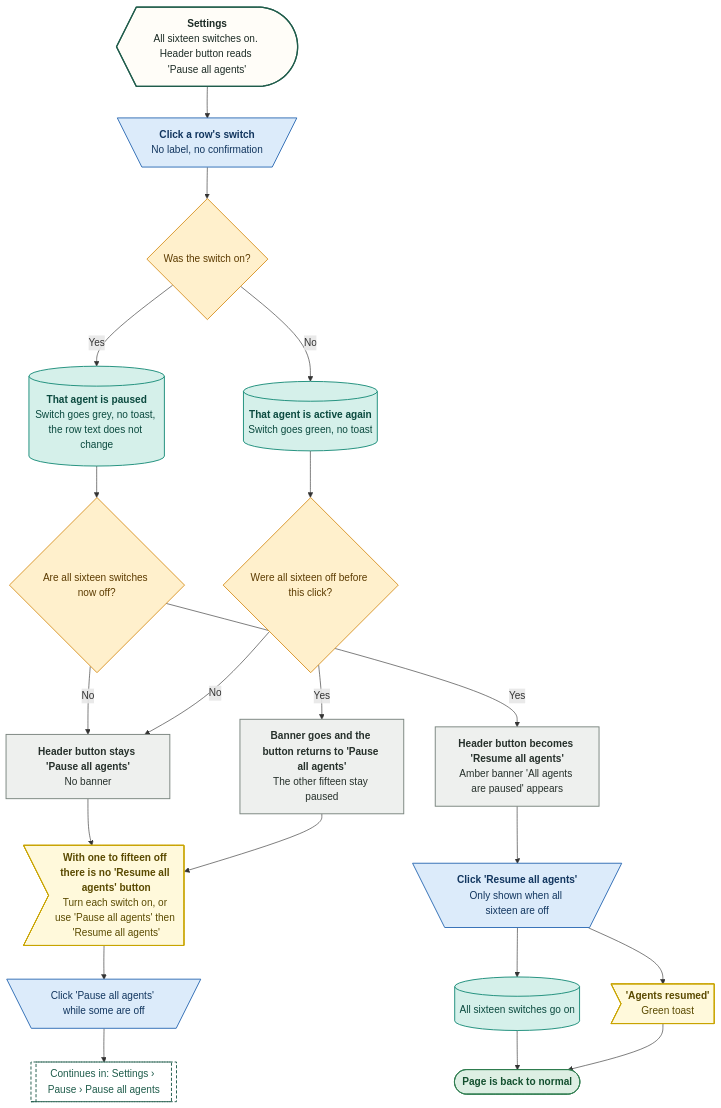
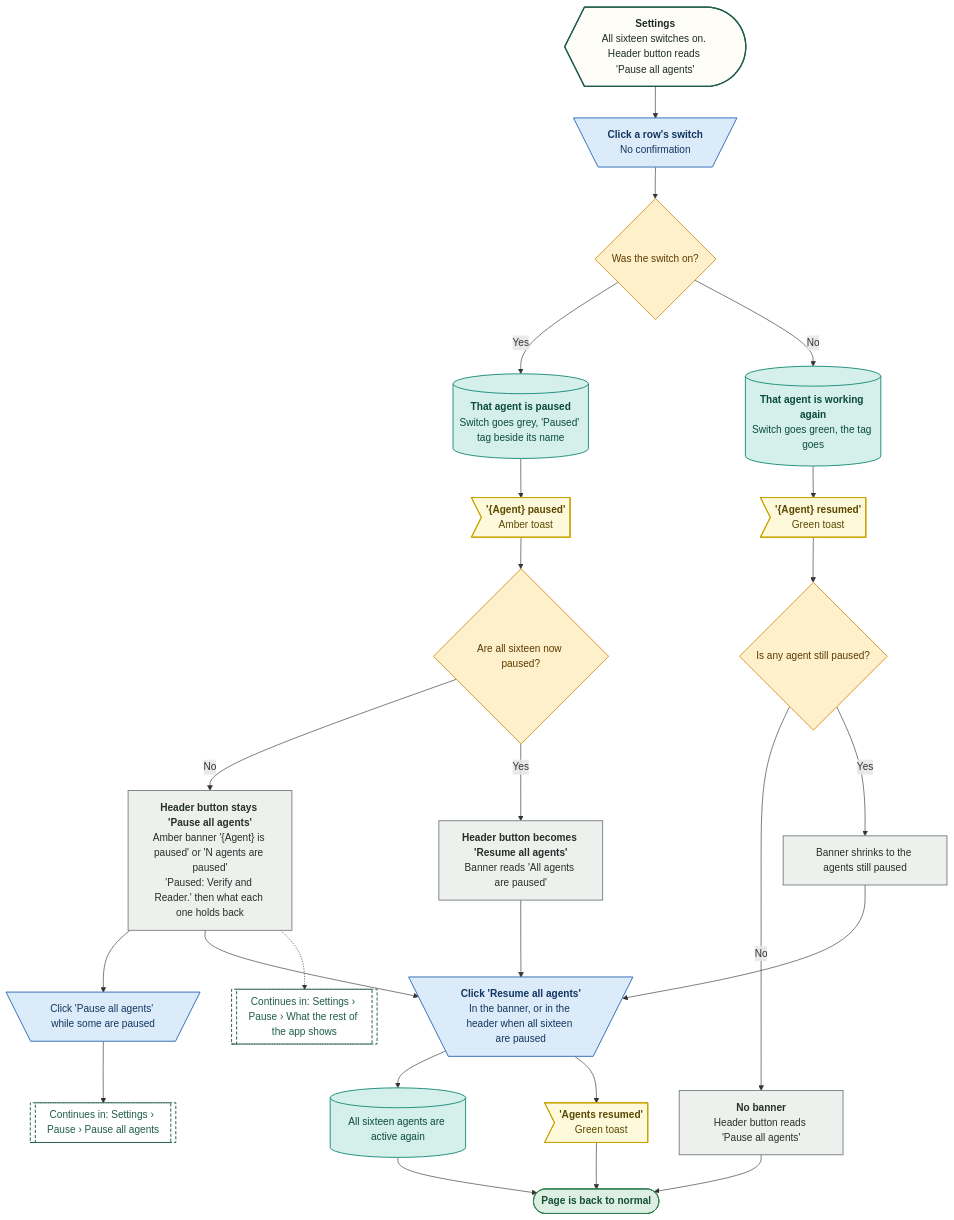
Before and after one commit to Shrav143/psyfloapp: the sixth of 10 diagrams in demos/prior-auth-demo/workflows/out/md/11-settings.md, drawn with Mermaid. The commit also changed other lines of this file and 195 other files, not shown here.

First line of the commit message:
docs: Rebuild workflow diagrams after the demo fixes (220 diagrams)

````diff
--- a/demos/prior-auth-demo/workflows/out/md/11-settings.md
+++ b/demos/prior-auth-demo/workflows/out/md/11-settings.md
@@ -419,56 +426,64 @@
 ```mermaid
 %%{init: {"theme":"base","themeVariables":{"fontFamily":"'DM Sans', 'Segoe UI', system-ui, sans-serif","fontSize":"15px","lineColor":"#5B6B63","primaryTextColor":"#1C2B25","clusterBkg":"#FBF8F3","clusterBorder":"#D9CDBB","edgeLabelBackground":"#FFFFFF"},"flowchart":{"curve":"basis","nodeSpacing":36,"rankSpacing":48,"padding":12,"htmlLabels":true,"useMaxWidth":false,"wrappingWidth":230}} }%%
 flowchart TD
   classDef k_start fill:#1F5C4B,stroke:#174638,color:#FFFFFF,stroke-width:1.5px,font-weight:600
   classDef k_end fill:#DDEFE3,stroke:#2E7D4F,color:#14502F,stroke-width:1.5px,font-weight:600
   classDef k_endx fill:#FBE3E0,stroke:#C0392B,color:#7A1F16,stroke-width:1.5px,font-weight:600
   classDef k_screen fill:#FFFDF8,stroke:#1F5C4B,color:#1C2B25,stroke-width:2px
   classDef k_overlay fill:#F1F7F3,stroke:#1F5C4B,color:#1C2B25,stroke-width:2px,stroke-dasharray:5 3
   classDef k_click fill:#DCEBFA,stroke:#2F6DB5,color:#12365F,stroke-width:1.5px
   classDef k_input fill:#E4E7FF,stroke:#4C5FD5,color:#1D2670,stroke-width:1.5px
   classDef k_process fill:#EEF0EE,stroke:#7A857F,color:#26302B,stroke-width:1.5px
   classDef k_agent fill:#EEE5FA,stroke:#7A4FC2,color:#341A63,stroke-width:1.5px
   classDef k_decision fill:#FFF0CC,stroke:#D9962B,color:#5C3B00,stroke-width:1.5px
   classDef k_store fill:#D5F0EA,stroke:#1C8E7B,color:#0B4A3F,stroke-width:1.5px
   classDef k_doc fill:#F6E9DC,stroke:#B07A4C,color:#4A2E14,stroke-width:1.5px
   classDef k_ext fill:#FFE6D2,stroke:#E07B39,color:#6B2F06,stroke-width:1.5px
   classDef k_wait fill:#E4E8EE,stroke:#6B7C93,color:#26303D,stroke-width:1.5px
   classDef k_toast fill:#FFF9DB,stroke:#C9A400,color:#5A4A00,stroke-width:1.5px
   classDef k_goto fill:#FFFFFF,stroke:#1F5C4B,color:#1F5C4B,stroke-width:1.5px,stroke-dasharray:5 3
   s1@{ shape: curv-trap, label: "<b>Settings</b><br/>All sixteen switches on. Header button reads 'Pause all agents'" }
-  c1@{ shape: trap-t, label: "<b>Click a row's switch</b><br/>No label, no confirmation" }
+  c1@{ shape: trap-t, label: "<b>Click a row's switch</b><br/>No confirmation" }
   q1@{ shape: diam, label: "Was the switch on?" }
-  a1@{ shape: cyl, label: "<b>That agent is paused</b><br/>Switch goes grey, no toast, the row text does not change" }
-  a2@{ shape: cyl, label: "<b>That agent is active again</b><br/>Switch goes green, no toast" }
-  q2@{ shape: diam, label: "Are all sixteen switches now off?" }
-  b1@{ shape: rect, label: "<b>Header button stays 'Pause all agents'</b><br/>No banner" }
-  b2@{ shape: rect, label: "<b>Header button becomes 'Resume all agents'</b><br/>Amber banner 'All agents are paused' appears" }
-  q3@{ shape: diam, label: "Were all sixteen off before this click?" }
-  b3@{ shape: rect, label: "<b>Banner goes and the button returns to 'Pause all agents'</b><br/>The other fifteen stay paused" }
-  m1@{ shape: odd, label: "<b>With one to fifteen off there is no 'Resume all agents' button</b><br/>Turn each switch on, or use 'Pause all agents' then 'Resume all agents'" }
-  c2@{ shape: trap-t, label: "Click 'Pause all agents' while some are off" }
+  a1@{ shape: cyl, label: "<b>That agent is paused</b><br/>Switch goes grey, 'Paused' tag beside its name" }
+  a4@{ shape: odd, label: "<b>'{Agent} paused'</b><br/>Amber toast" }
+  a2@{ shape: cyl, label: "<b>That agent is working again</b><br/>Switch goes green, the tag goes" }
+  a5@{ shape: odd, label: "<b>'{Agent} resumed'</b><br/>Green toast" }
+  q2@{ shape: diam, label: "Are all sixteen now paused?" }
+  b1@{ shape: rect, label: "<b>Header button stays 'Pause all agents'</b><br/>Amber banner '{Agent} is paused' or 'N agents are paused'<br/>'Paused: Verify and Reader.' then what each one holds back" }
+  b2@{ shape: rect, label: "<b>Header button becomes 'Resume all agents'</b><br/>Banner reads 'All agents are paused'" }
+  q3@{ shape: diam, label: "Is any agent still paused?" }
+  b3@{ shape: rect, label: "<b>No banner</b><br/>Header button reads 'Pause all agents'" }
+  b4@{ shape: rect, label: "Banner shrinks to the agents still paused" }
+  c2@{ shape: trap-t, label: "Click 'Pause all agents' while some are paused" }
   g1@{ shape: subproc, label: "Continues in: Settings › Pause › Pause all agents" }
-  c3@{ shape: trap-t, label: "<b>Click 'Resume all agents'</b><br/>Only shown when all sixteen are off" }
-  d1@{ shape: cyl, label: "All sixteen switches go on" }
+  c3@{ shape: trap-t, label: "<b>Click 'Resume all agents'</b><br/>In the banner, or in the header when all sixteen are paused" }
+  d1@{ shape: cyl, label: "All sixteen agents are active again" }
   d2@{ shape: odd, label: "<b>'Agents resumed'</b><br/>Green toast" }
   e1@{ shape: stadium, label: "Page is back to normal" }
+  g2@{ shape: subproc, label: "Continues in: Settings › Pause › What the rest of the app shows" }
   s1 --> c1 --> q1
-  q1 -->|"Yes"| a1 --> q2
-  q1 -->|"No"| a2 --> q3
-  q2 -->|"No"| b1 --> m1
+  q1 -->|"Yes"| a1 --> a4 --> q2
+  q1 -->|"No"| a2 --> a5 --> q3
+  q2 -->|"No"| b1
   q2 -->|"Yes"| b2
-  q3 -->|"Yes"| b3 --> m1
-  q3 -->|"No"| b1
-  m1 --> c2 --> g1
-  b2 --> c3 --> d1 & d2
+  q3 -->|"No"| b3
+  q3 -->|"Yes"| b4
+  b1 --> c2 --> g1
+  b1 --> c3
+  b4 --> c3
+  b2 --> c3
+  c3 --> d1 & d2
   d1 --> e1
   d2 --> e1
+  b1 -.-> g2
+  b3 --> e1
   class s1 k_screen
   class c1,c2,c3 k_click
   class q1,q2,q3 k_decision
   class a1,a2,d1 k_store
-  class b1,b2,b3 k_process
-  class m1,d2 k_toast
-  class g1 k_goto
+  class a4,a5,d2 k_toast
+  class b1,b2,b3,b4 k_process
+  class g1,g2 k_goto
   class e1 k_end
 ```
````
